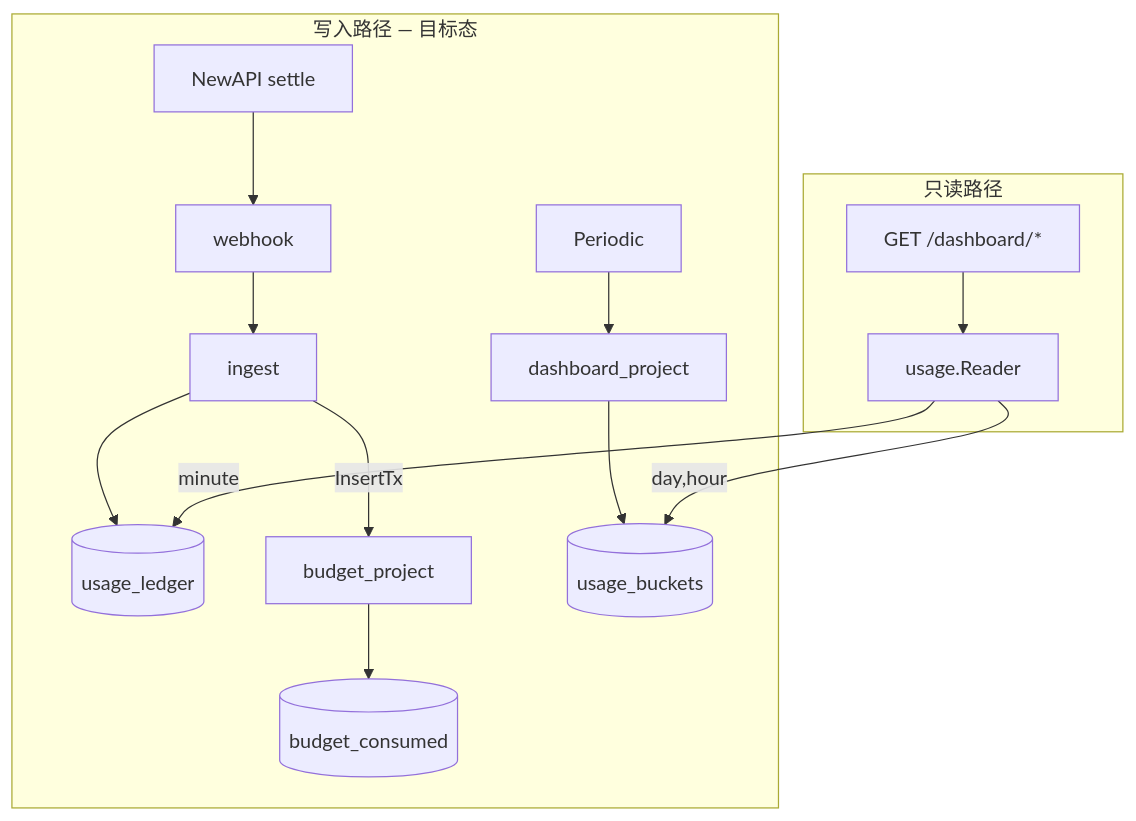
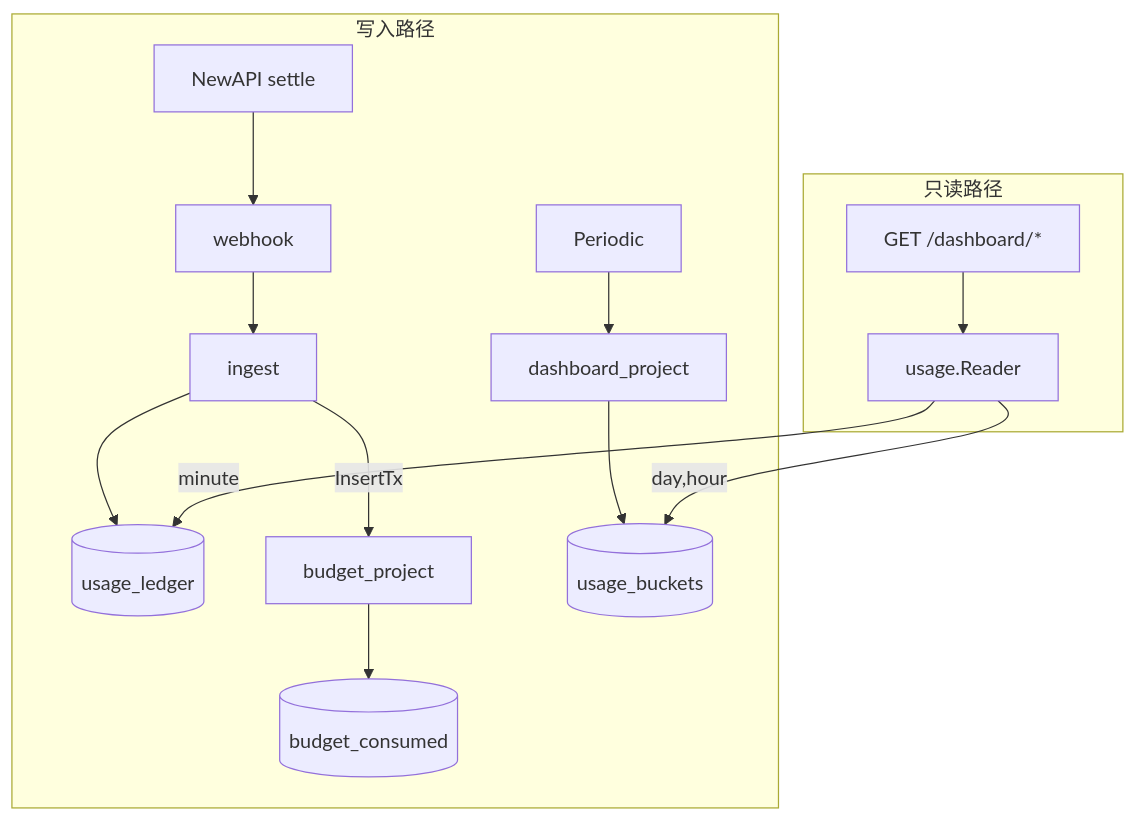
The sixth of 6 diagrams in docs/Backend-架构.md (quyip8818/mytokenjoy), drawn with Mermaid before and after one commit. The commit also changed other lines of this file and 16 other files, not shown here.

````diff
--- a/docs/Backend-架构.md
+++ b/docs/Backend-架构.md
@@ -461,16 +459,16 @@
 ```mermaid
 flowchart TB
-  subgraph write [写入路径 — 目标态]
+  subgraph write [写入路径]
     NA[NewAPI settle] --> WH[webhook] --> ING[ingest]
     ING --> UL[(usage_ledger)]
     ING -->|InsertTx| BP[budget_project]
     BP --> BC[(budget_consumed)]
     PER[Periodic] --> DP[dashboard_project] --> UB[(usage_buckets)]
   end
   subgraph read [只读路径]
     API["GET /dashboard/*"]
     API --> RDR[usage.Reader]
     RDR -->|day,hour| UB
     RDR -->|minute| UL
   end
 ```
````
